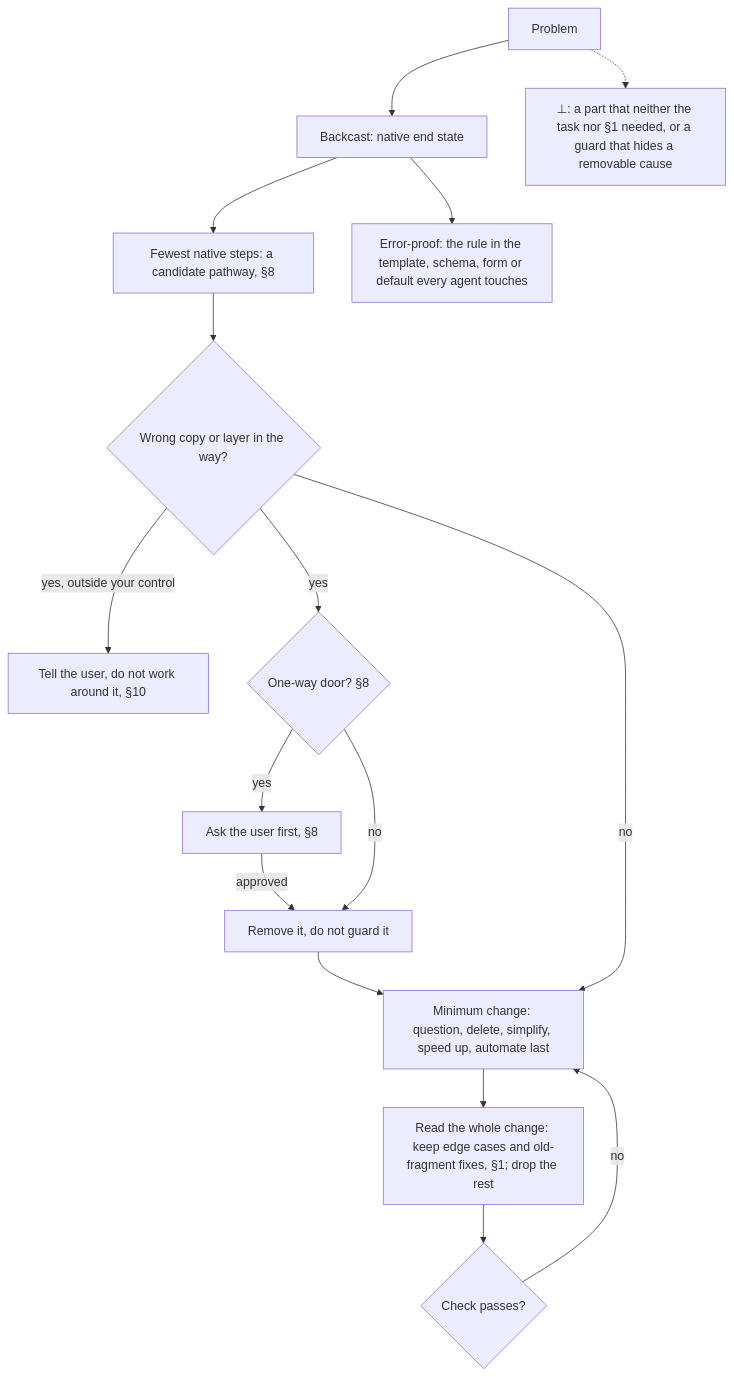
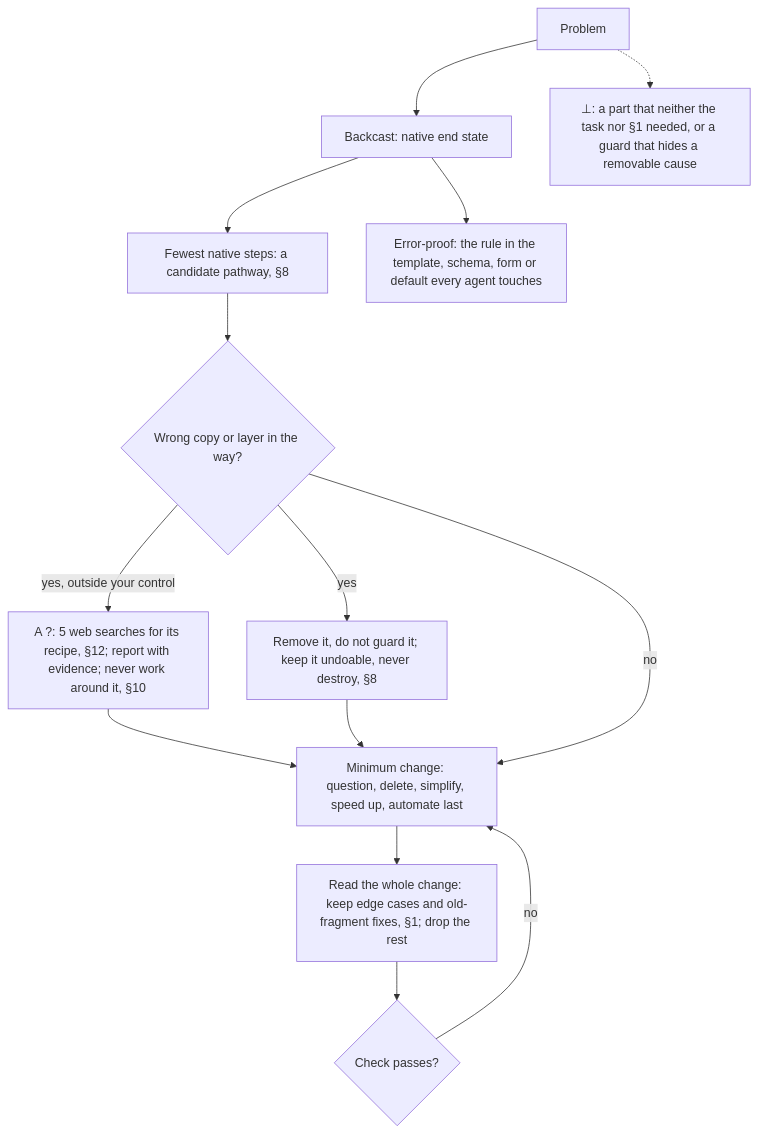
The tenth of 14 diagrams in AGENTS.md (SolenixAI/arbiter), drawn with Mermaid before and after one commit. The commit also changed other lines of this file and 2 other files, not shown here.

First line of the commit message:
feat(agents): agents never stop at 99%: one correct way, real journeys, observed in the user's view (#49)

````diff
--- a/AGENTS.md
+++ b/AGENTS.md
@@ -458,13 +474,11 @@
 ```mermaid
 flowchart TD
   P[Problem] --> E["Backcast: native end state"] --> N["Fewest native steps: a candidate pathway, §8"]
   E --> RB["Error-proof: the rule in the template, schema, form or default every agent touches"]
   N --> W{Wrong copy or layer in the way?}
-  W -->|yes, outside your control| TU["Tell the user, do not work around it, §10"]
-  W -->|yes| O{"One-way door? §8"}
-  O -->|yes| AS["Ask the user first, §8"] -->|approved| X
-  O -->|no| X["Remove it, do not guard it"] --> M
+  W -->|yes, outside your control| TU["A ?: 5 web searches for its recipe, §12; report with evidence; never work around it, §10"] --> M
+  W -->|yes| X["Remove it, do not guard it; keep it undoable, never destroy, §8"] --> M
   W -->|no| M["Minimum change: question, delete, simplify, speed up, automate last"] --> D["Read the whole change: keep edge cases and old-fragment fixes, §1; drop the rest"] --> C{Check passes?}
   C -->|no| M
   P -.-> BOT["⊥: a part that neither the task nor §1 needed, or a guard that hides a removable cause"]
 ```
````
